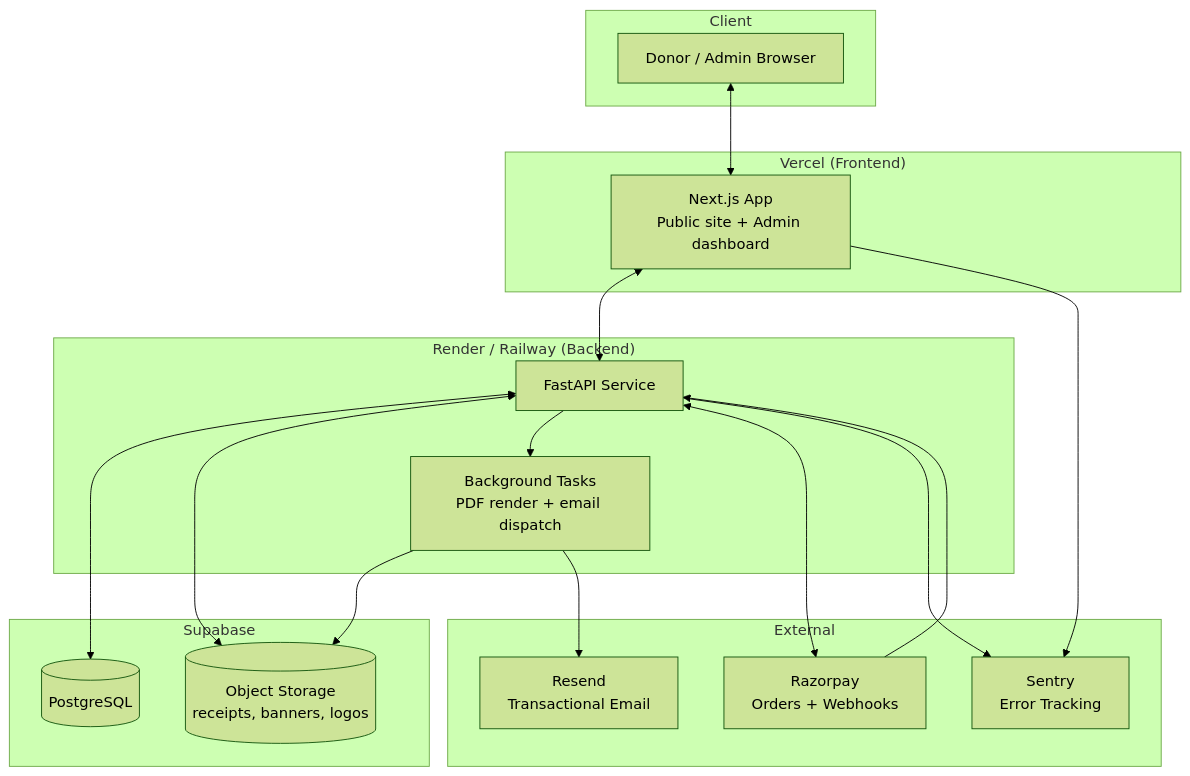
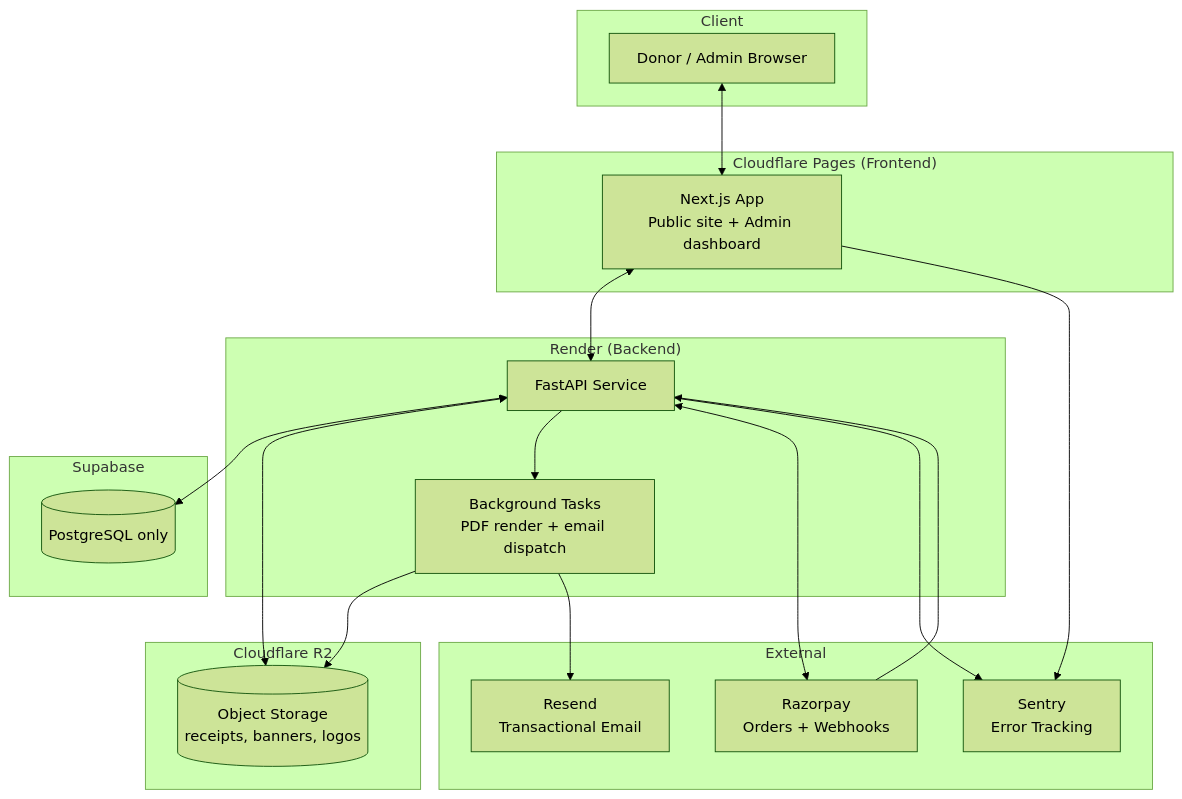
Before and after one commit to anshag1/Donation: the diagram in docs/05-architecture.md, drawn with Mermaid (forest theme). The commit also changed other lines of this file and 9 other files, not shown here.

First line of the commit message:
Add Cloudflare R2 storage backend; document deployment plan and session handoff

````diff
--- a/docs/05-architecture.md
+++ b/docs/05-architecture.md
@@ -5,38 +7,41 @@
 ```mermaid
 flowchart TB
     subgraph Client
         Browser[Donor / Admin Browser]
     end
 
-    subgraph Vercel["Vercel (Frontend)"]
+    subgraph Pages["Cloudflare Pages (Frontend)"]
         NextJS[Next.js App<br/>Public site + Admin dashboard]
     end
 
-    subgraph RenderRailway["Render / Railway (Backend)"]
+    subgraph RenderP["Render (Backend)"]
         API[FastAPI Service]
         Worker[Background Tasks<br/>PDF render + email dispatch]
     end
 
     subgraph Supabase["Supabase"]
-        PG[(PostgreSQL)]
+        PG[(PostgreSQL only)]
+    end
+
+    subgraph R2["Cloudflare R2"]
         Storage[(Object Storage<br/>receipts, banners, logos)]
     end
 
     subgraph External
         Razorpay[Razorpay<br/>Orders + Webhooks]
         Resend[Resend<br/>Transactional Email]
         Sentry[Sentry<br/>Error Tracking]
     end
 
     Browser <--> NextJS
     NextJS <--> API
     API <--> PG
     API <--> Storage
     API --> Worker
     Worker --> Storage
     Worker --> Resend
     API <--> Razorpay
     Razorpay --> API
     API --> Sentry
     NextJS --> Sentry
 ```
````
